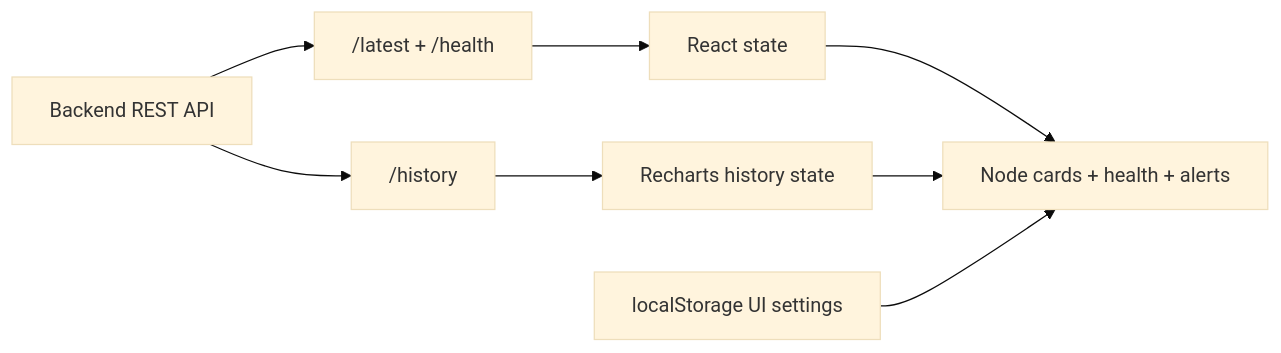
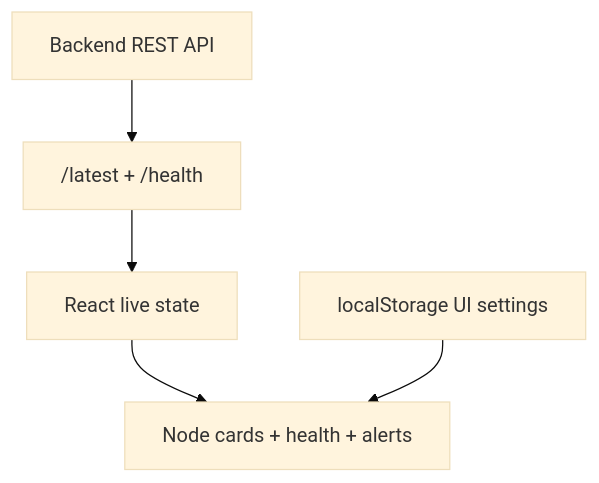
One commit to haikevins/iot-system changed the first of 2 diagrams in frontend/README.md. Above: the diagram before and after it, drawn with Mermaid (base theme). The commit also changed other lines of this file and 3 other files, not shown here.

````diff
--- a/frontend/README.md
+++ b/frontend/README.md
@@ -27,10 +29,7 @@
 ```mermaid
-flowchart LR
+flowchart TB
     API["Backend REST API"] --> L["/latest + /health"]
-    API --> H["/history"]
-    L --> S["React state"]
-    H --> C["Recharts history state"]
+    L --> S["React live state"]
     S --> D["Node cards + health + alerts"]
-    C --> D
     U["localStorage UI settings"] --> D
 ```
````
